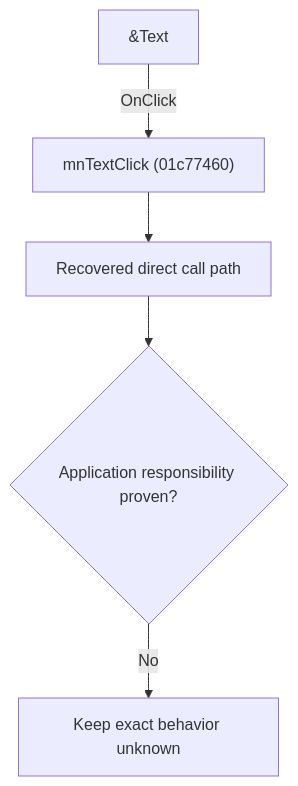
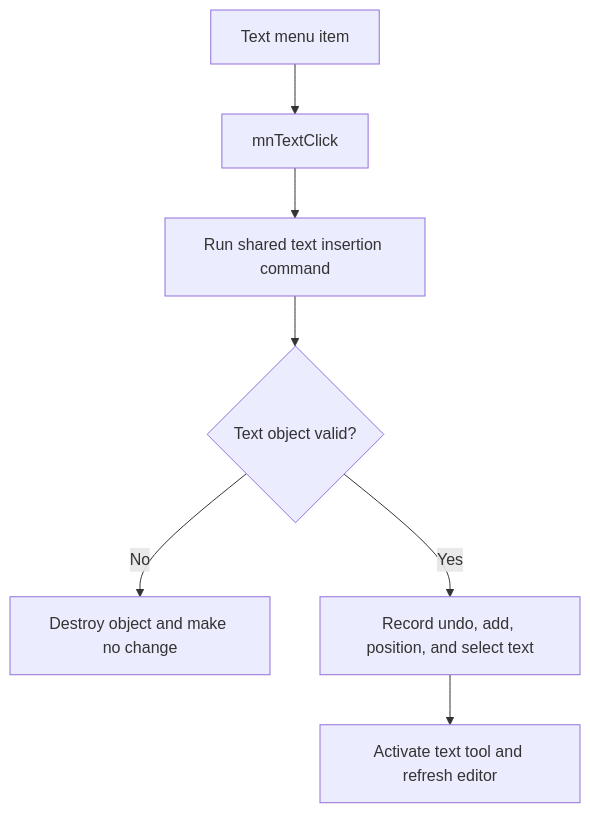
One commit to MovGP0/TIARA changed the diagram in docs/ui-controls/schematiceditor/mntext-67346479b5.md. Above: the diagram before and after it, drawn with Mermaid. The commit also changed other lines of this file and 241 other files, not shown here.

````diff
--- a/docs/ui-controls/schematiceditor/mntext-67346479b5.md
+++ b/docs/ui-controls/schematiceditor/mntext-67346479b5.md
@@ -27,7 +19,9 @@
 ```mermaid
 flowchart TD
-    control["&Text"] -->|"OnClick"| handler["mnTextClick (01c77460)"]
-    handler --> recovered["Recovered direct call path"]
-    recovered --> gap{"Application responsibility proven?"}
-    gap -->|"No"| blocked["Keep exact behavior unknown"]
+    control["Text menu item"] --> handler["mnTextClick"]
+    handler --> command["Run shared text insertion command"]
+    command --> valid{"Text object valid?"}
+    valid -->|"No"| noOp["Destroy object and make no change"]
+    valid -->|"Yes"| place["Record undo, add, position, and select text"]
+    place --> refresh["Activate text tool and refresh editor"]
 ```
````
